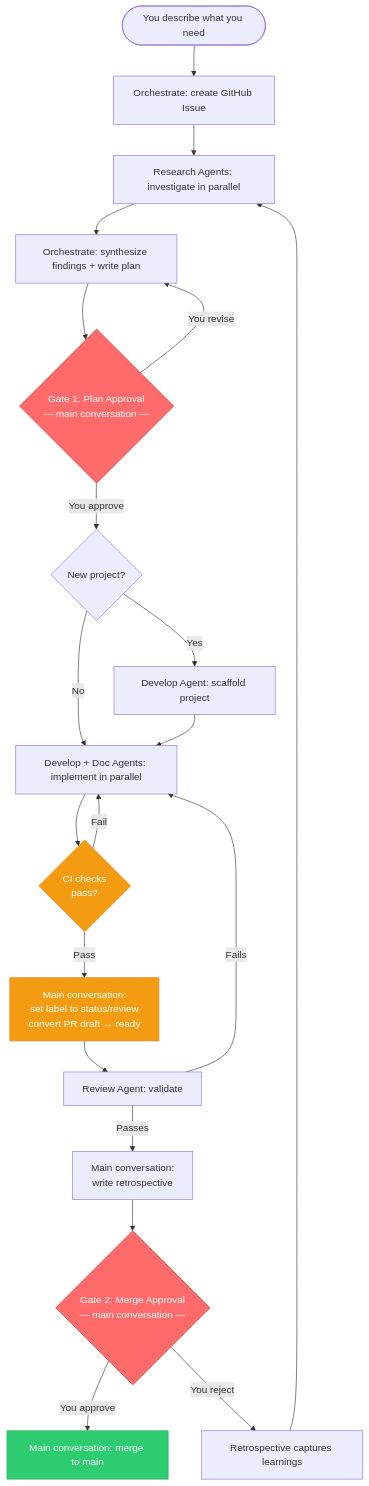
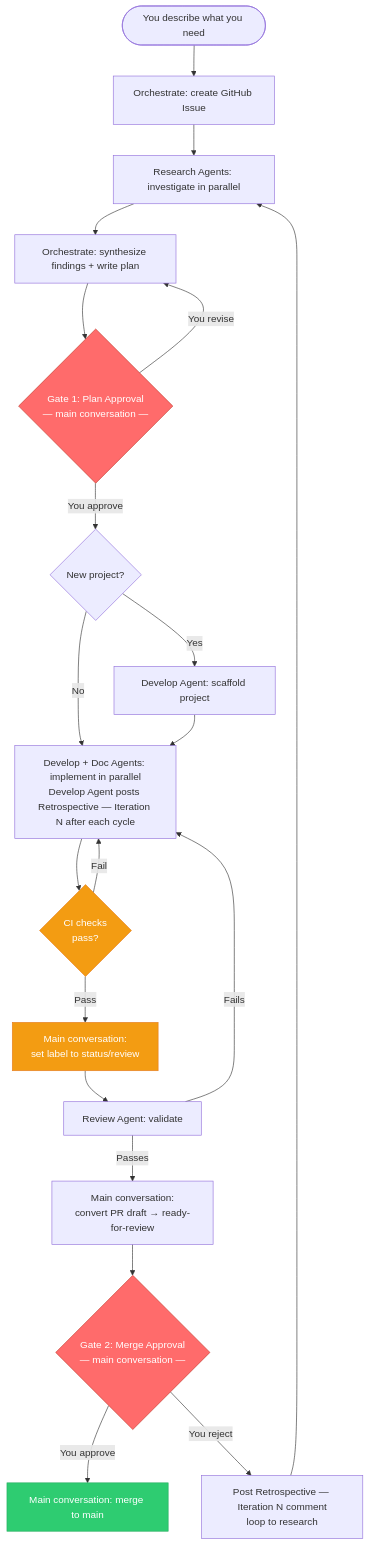
The first of 5 diagrams in docs/auto/agent-flow.md (Mpfk/auto), drawn with Mermaid before and after one commit. The commit also changed other lines of this file and 5 other files, not shown here.

First line of the commit message:
fix(workflow): correct retrospective scope, PR draft order, and iteration format

````diff
--- a/docs/auto/agent-flow.md
+++ b/docs/auto/agent-flow.md
@@ -34,28 +35,28 @@
 ```mermaid
 flowchart TD
     A([You describe what you need]) --> B[Orchestrate: create GitHub Issue]
     B --> C[Research Agents: investigate in parallel]
     C --> D[Orchestrate: synthesize findings + write plan]
     D --> G1{Gate 1: Plan Approval\n— main conversation —}
     G1 -- You approve --> SC{New project?}
     SC -- Yes --> SCAF[Develop Agent: scaffold project]
     SC -- No --> E
-    SCAF --> E[Develop + Doc Agents: implement in parallel]
+    SCAF --> E[Develop + Doc Agents: implement in parallel\nDevelop Agent posts Retrospective — Iteration N after each cycle]
     G1 -- You revise --> D
     E --> CI{CI checks\npass?}
     CI -- Fail --> E
-    CI -- Pass --> SR[Main conversation:\nset label to status/review\nconvert PR draft → ready]
+    CI -- Pass --> SR[Main conversation:\nset label to status/review]
     SR --> F[Review Agent: validate]
     F -- Fails --> E
-    F -- Passes --> R[Main conversation:\nwrite retrospective]
-    R --> G2{Gate 2: Merge Approval\n— main conversation —}
+    F -- Passes --> CONV[Main conversation:\nconvert PR draft → ready-for-review]
+    CONV --> G2{Gate 2: Merge Approval\n— main conversation —}
     G2 -- You approve --> M[Main conversation: merge to main]
-    G2 -- You reject --> RETRO[Retrospective captures learnings]
+    G2 -- You reject --> RETRO[Post Retrospective — Iteration N comment\nloop to research]
     RETRO --> C
 
     style G1 fill:#ff6b6b,color:#fff,stroke:#c0392b
     style G2 fill:#ff6b6b,color:#fff,stroke:#c0392b
     style M fill:#2ecc71,color:#fff,stroke:#27ae60
     style SR fill:#f39c12,color:#fff,stroke:#e67e22
     style CI fill:#f39c12,color:#fff,stroke:#e67e22
 ```
````
